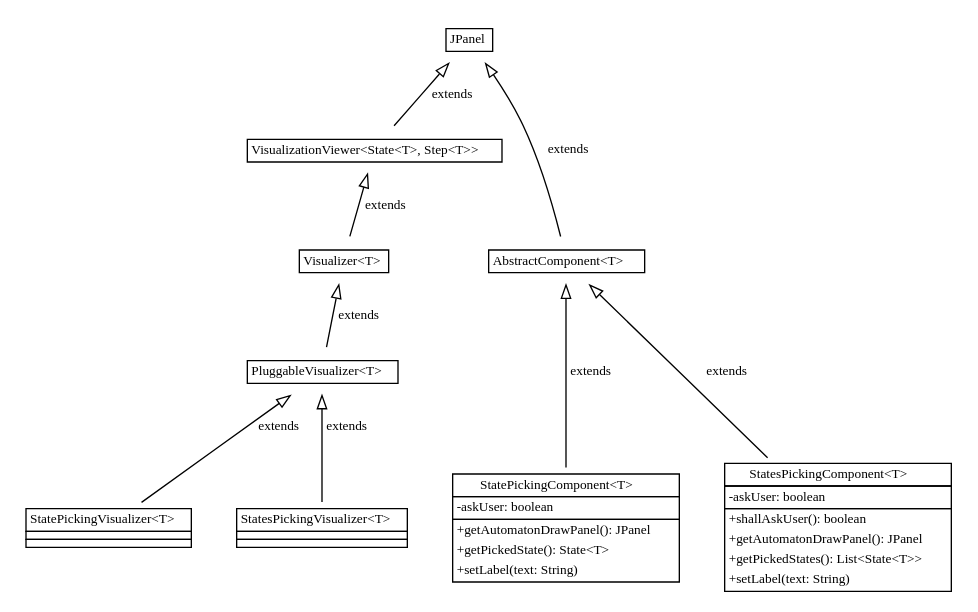
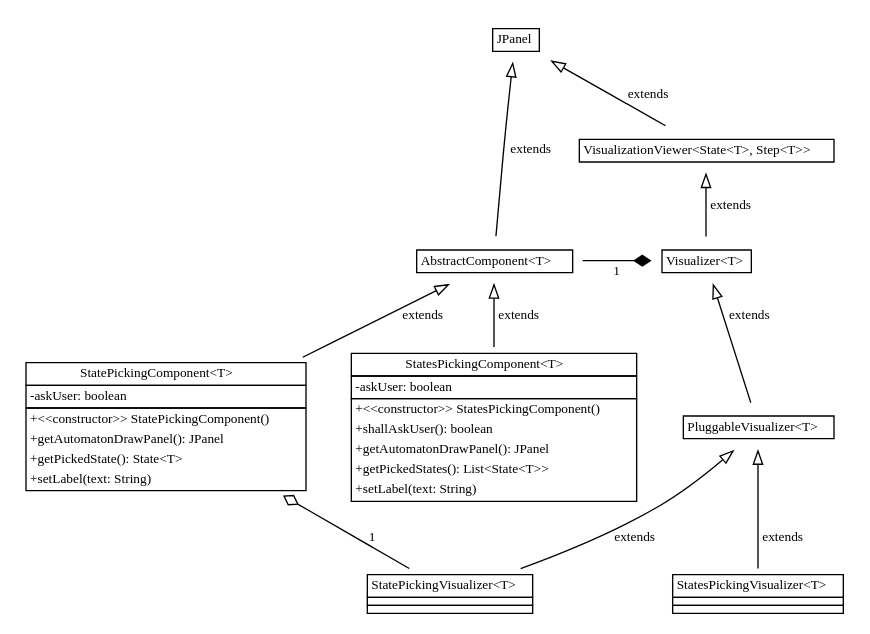
The diagram in doc/jInfer/autoeditor/uml_derived_classes.gv (otmarjr/jInfer-fork), drawn with Graphviz before and after one commit. The commit also changed 5 other files, not shown here.

```diff
--- a/doc/jInfer/autoeditor/uml_derived_classes.gv
+++ b/doc/jInfer/autoeditor/uml_derived_classes.gv
@@ -1,130 +1,141 @@
 digraph uml_basic_full {
 	rankdir = BT;
 	node [shape = rectangle, fontname = "TeXGyrePagella-Regular", fontsize = 10];
 	edge [fontname = "TeXGyrePagella-Regular", fontsize = 10, arrowhead = empty];
 
 {
 	rank = same;
 
 	JPanel [shape = plaintext, label = <
 	<table cellspacing="0" cellborder="1" border="0">
 		<tr><td>
 			<font face="TeXGyrePagella-Bold" point-size="10">JPanel</font>
 		</td></tr>
 	</table>>];
 }
 
 {
 	rank = same;
 
 	VisualizationViewer [shape = plaintext, label = <
 	<table cellspacing="0" cellborder="1" border="0">
 		<tr><td>
 			<font face="TeXGyrePagella-Bold" point-size="10">VisualizationViewer&lt;State&lt;T&gt;, Step&lt;T&gt;&gt;</font>
 		</td></tr>
 	</table>>];
 }
 
 {
 	rank = same;
 
 	Visualizer [shape = plaintext, label = <
 	<table cellspacing="0" cellborder="1" border="0">
 		<tr><td>
 			<font face="TeXGyrePagella-Bold" point-size="10">Visualizer&lt;T&gt;</font>
 		</td></tr>
 	</table>>];
 	
 	AbstractComponent [shape = plaintext, label = <
 	<table cellspacing="0" cellborder="1" border="0">
 		<tr><td>
 			<font face="TeXGyrePagella-BoldItalic" point-size="10">AbstractComponent&lt;T&gt;</font>
 		</td></tr>
 	</table>>];
 }
 
 {
 	rank = same;
 
 	PluggableVisualizer [shape = plaintext, label = <
 	<table cellspacing="0" cellborder="1" border="0">
 		<tr><td>
 			<font face="TeXGyrePagella-Bold" point-size="10">PluggableVisualizer&lt;T&gt;</font>
 		</td></tr>
 	</table>>];
 }
 
 {
 	rank = same;
 	
 	StatePickingVisualizer [shape = plaintext, label = <
 	<table cellspacing="0" cellborder="1" border="0">
 		<tr><td>
 			<font face="TeXGyrePagella-Bold" point-size="10">StatePickingVisualizer&lt;T&gt;</font>
 		</td></tr>
 		<tr><td></td></tr>
-		<tr><td></td></tr>
+		<tr><td>
+		</td></tr>
 	</table>>];
 	
 	StatesPickingVisualizer [shape = plaintext, label = <
 	<table cellspacing="0" cellborder="1" border="0">
 		<tr><td>
 			<font face="TeXGyrePagella-Bold" point-size="10">StatesPickingVisualizer&lt;T&gt;</font>
 		</td></tr>
 		<tr><td></td></tr>
-		<tr><td></td></tr>
+		<tr><td>
+		</td></tr>
 	</table>>];
-	
+}
+
+{
+	rank = same;
+
 	StatePickingComponent [shape = plaintext, label = <
 	<table cellspacing="0" cellborder="1" border="0">
 		<tr><td>
 			<font face="TeXGyrePagella-Bold" point-size="10">StatePickingComponent&lt;T&gt;</font>
 		</td></tr>
 		<tr><td cellpadding="0">
 			<table cellspacing="0" cellborder="0" border="0">
 				<tr><td align="left"><font face="SFTT1000">-askUser: boolean</font></td></tr>
 			</table>
 		</td></tr>
 		<tr><td cellpadding="0">
 			<table cellspacing="0" cellborder="0" border="0">
+				<tr><td align="left"><font face="SFTT1000">+&lt;&lt;constructor&gt;&gt; StatePickingComponent()</font></td></tr>
 				<tr><td align="left"><font face="SFTT1000">+getAutomatonDrawPanel(): JPanel</font></td></tr>
 				<tr><td align="left"><font face="SFTT1000">+getPickedState(): State&lt;T&gt;</font></td></tr>
 				<tr><td align="left"><font face="SFTT1000">+setLabel(text: String)</font></td></tr>
 			</table>
 		</td></tr>
 	</table>>];
-
+	
 	StatesPickingComponent [shape = plaintext, label = <
 	<table cellspacing="0" cellborder="1" border="0">
 		<tr><td>
 			<font face="TeXGyrePagella-Bold" point-size="10">StatesPickingComponent&lt;T&gt;</font>
 		</td></tr>
 		<tr><td cellpadding="0">
 			<table cellspacing="0" cellborder="0" border="0">
 				<tr><td align="left"><font face="SFTT1000">-askUser: boolean</font></td></tr>
 			</table>
 		</td></tr>
 		<tr><td cellpadding="0">
 			<table cellspacing="0" cellborder="0" border="0">
+				<tr><td align="left"><font face="SFTT1000">+&lt;&lt;constructor&gt;&gt; StatesPickingComponent()</font></td></tr>
 				<tr><td align="left"><font face="SFTT1000">+shallAskUser(): boolean</font></td></tr>
 				<tr><td align="left"><font face="SFTT1000">+getAutomatonDrawPanel(): JPanel</font></td></tr>
 				<tr><td align="left"><font face="SFTT1000">+getPickedStates(): List&lt;State&lt;T&gt;&gt;</font></td></tr>
 				<tr><td align="left"><font face="SFTT1000">+setLabel(text: String)</font></td></tr>
 			</table>
 		</td></tr>
 	</table>>];
 }
 
 AbstractComponent -> JPanel [label = "extends"];
 VisualizationViewer -> JPanel [label = "extends"];
 
 Visualizer -> VisualizationViewer [label = "extends"];
 
 PluggableVisualizer -> Visualizer [label = "extends"];
 
 StatePickingVisualizer -> PluggableVisualizer [label = "extends"];
 StatesPickingVisualizer -> PluggableVisualizer [label = "extends"];
 StatePickingComponent -> AbstractComponent [label = "extends"];
 StatesPickingComponent -> AbstractComponent [label = "extends"];
 
+
+AbstractComponent -> Visualizer [label = "1" arrowhead = diamond];
+StatePickingVisualizer -> StatePickingComponent [label = "1" arrowhead = odiamond];
 }
```
